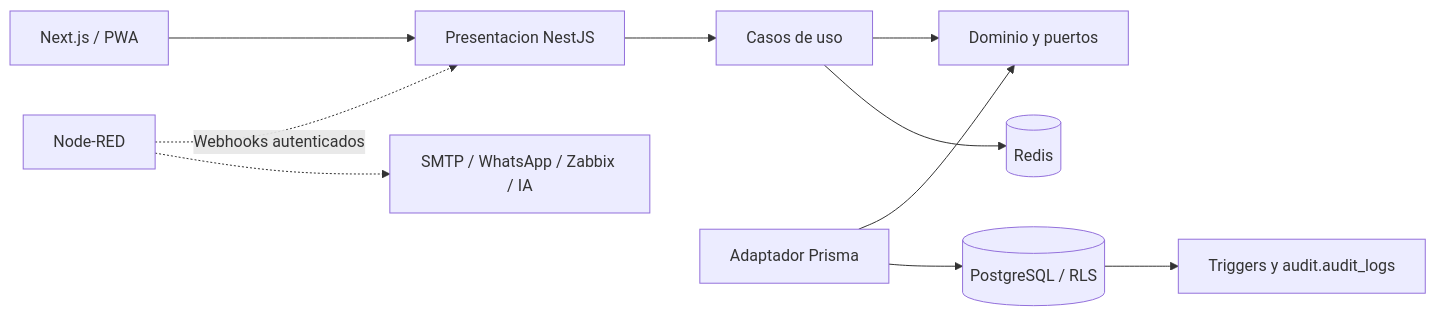
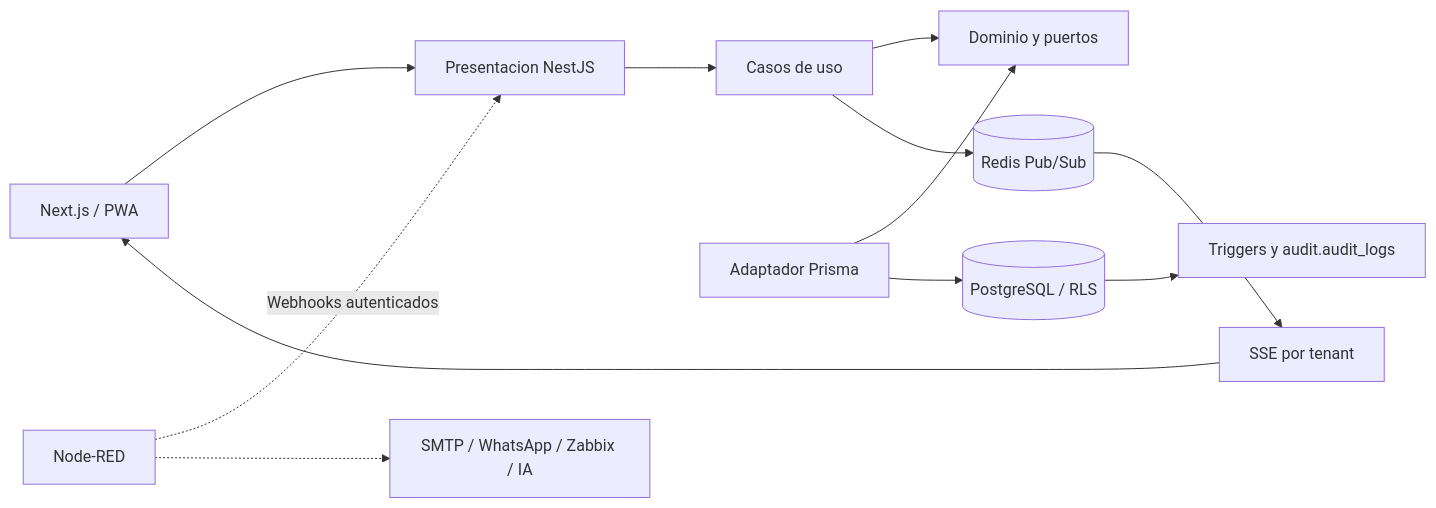
Before and after one commit to C-David28/essalud-ticket-system: the first of 2 diagrams in README.md, drawn with Mermaid. The commit also changed other lines of this file and 35 other files, not shown here.

````diff
--- a/README.md
+++ b/README.md
@@ -61,12 +62,14 @@
 ```mermaid
 flowchart LR
   WEB[Next.js / PWA] --> API[Presentacion NestJS]
   API --> APP[Casos de uso]
   APP --> DOM[Dominio y puertos]
   PRISMA[Adaptador Prisma] --> DOM
   PRISMA --> PG[(PostgreSQL / RLS)]
   PG --> AUDIT[Triggers y audit.audit_logs]
-  APP --> REDIS[(Redis)]
+  APP --> REDIS[(Redis Pub/Sub)]
+  REDIS --> SSE[SSE por tenant]
+  SSE --> WEB
   NR[Node-RED] -. Webhooks autenticados .-> API
   NR -.-> INT[SMTP / WhatsApp / Zabbix / IA]
 ```
````
